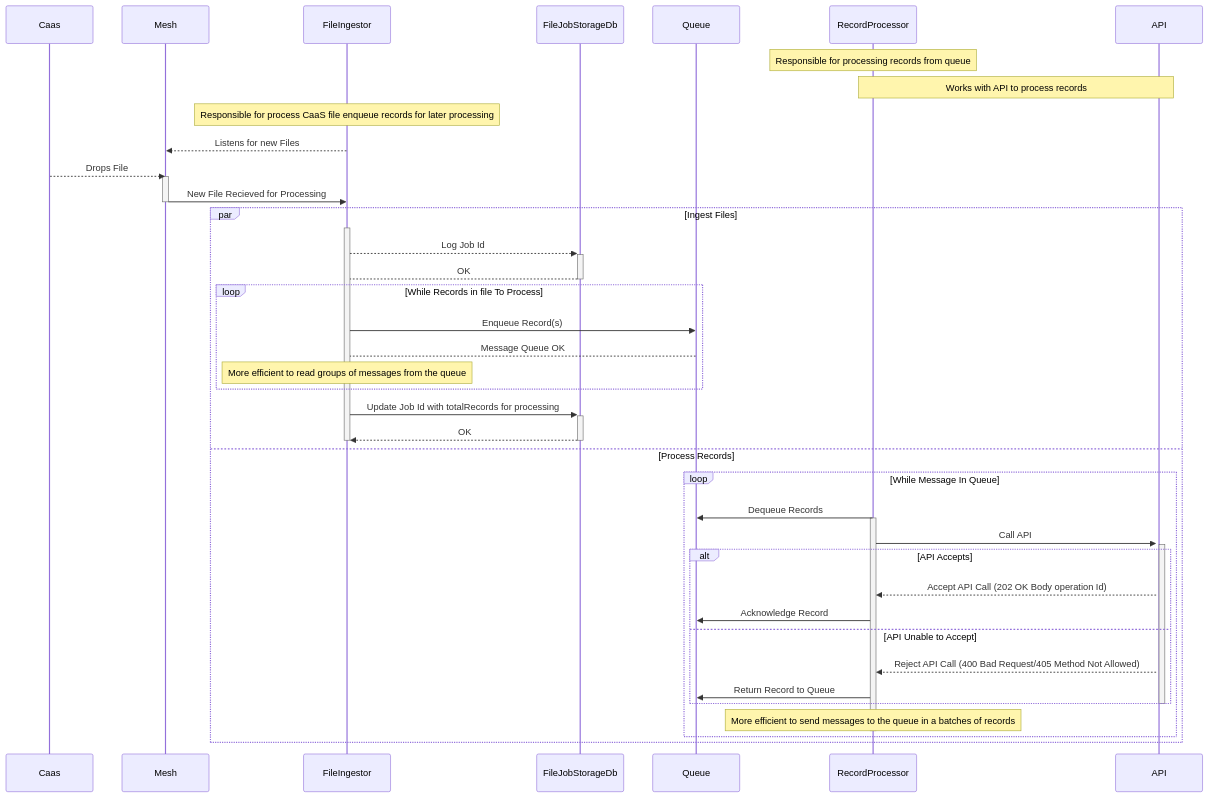
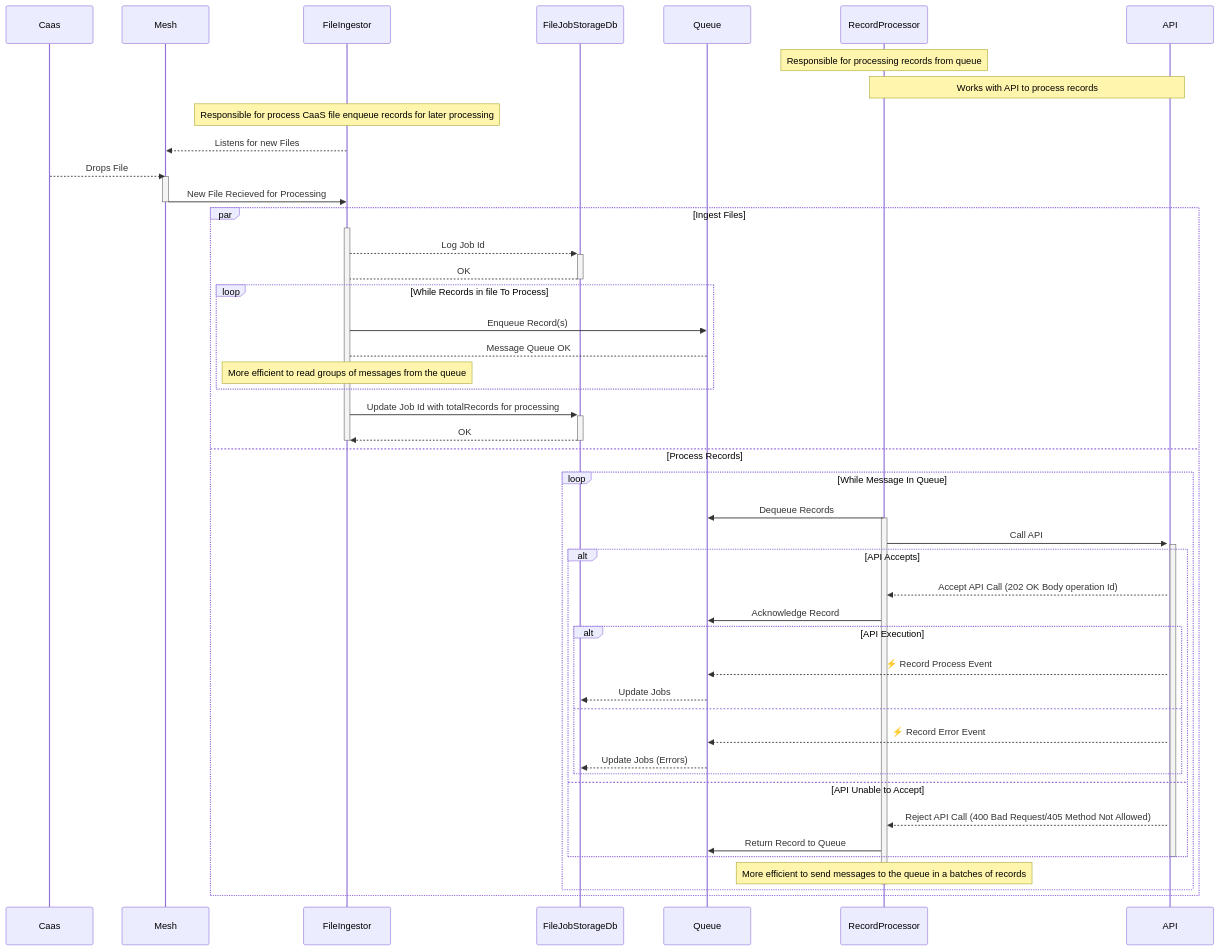
Before and after one commit to rmartin-msft/fileprocdemo: the diagram in flow.md, drawn with Mermaid. The commit also changed other lines of this file and 1 other file, not shown here.

````diff
--- a/flow.md
+++ b/flow.md
@@ -2,57 +16,64 @@
 ```mermaid
 sequenceDiagram
     participant Caas
     participant Mesh    
     participant FileIngestor
     participant FileJobStorageDb
     participant Queue
     participant RecordProcessor
     
     
     note over RecordProcessor: Responsible for processing records from queue
     note over RecordProcessor, API: Works with API to process records
 
     note over FileIngestor: Responsible for process CaaS file enqueue records for later processing
             
     FileIngestor-->>Mesh: Listens for new Files    
     Caas-->>Mesh: Drops File
     activate Mesh
     Mesh->>FileIngestor: New File Recieved for Processing
     deactivate Mesh
     par Ingest Files 
         activate FileIngestor
 
         FileIngestor-->>+FileJobStorageDb: Log Job Id
         FileJobStorageDb-->-FileIngestor: OK
     
         loop While Records in file To Process                            
             FileIngestor->>Queue: Enqueue Record(s)                     
                 Queue-->FileIngestor: Message Queue OK            
             Note over FileIngestor: More efficient to read groups of messages from the queue
         end
 
         FileIngestor->>+FileJobStorageDb: Update Job Id with totalRecords for processing
         FileJobStorageDb-->>-FileIngestor: OK
 
         deactivate FileIngestor        
     and Process Records
         
             loop While Message In Queue                            
                 RecordProcessor->>Queue: Dequeue Records          
                 activate RecordProcessor                          
                 activate API
                 RecordProcessor->>+API: Call API
                 alt API Accepts
                     API-->>RecordProcessor: Accept API Call (202 OK Body operation Id)
                     RecordProcessor->>Queue: Acknowledge Record                    
+                    alt API Execution
+                        API-->>Queue: ⚡ Record Process Event
+                        Queue-->>FileJobStorageDb: Update Jobs
+                    else
+                        API-->>Queue: ⚡ Record Error Event
+                        Queue-->>FileJobStorageDb: Update Jobs (Errors)
+                    end                    
                 else API Unable to Accept
                     API-->>RecordProcessor: Reject API Call (400 Bad Request/405 Method Not Allowed)
                     RecordProcessor->>Queue: Return Record to Queue
                     
                 end
                 deactivate API            
                 Note over RecordProcessor: More efficient to send messages to the queue in a batches of records
                 deactivate RecordProcessor
             end       
     end     
 ```
````
